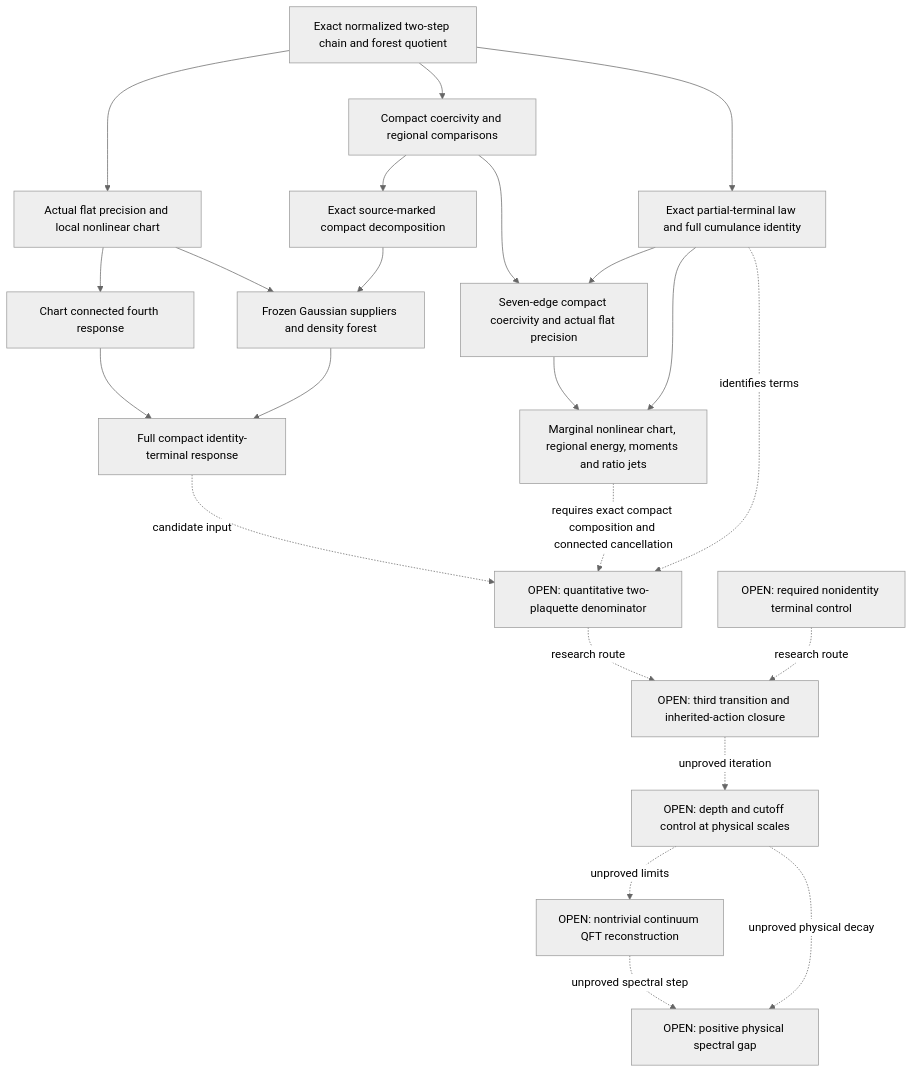
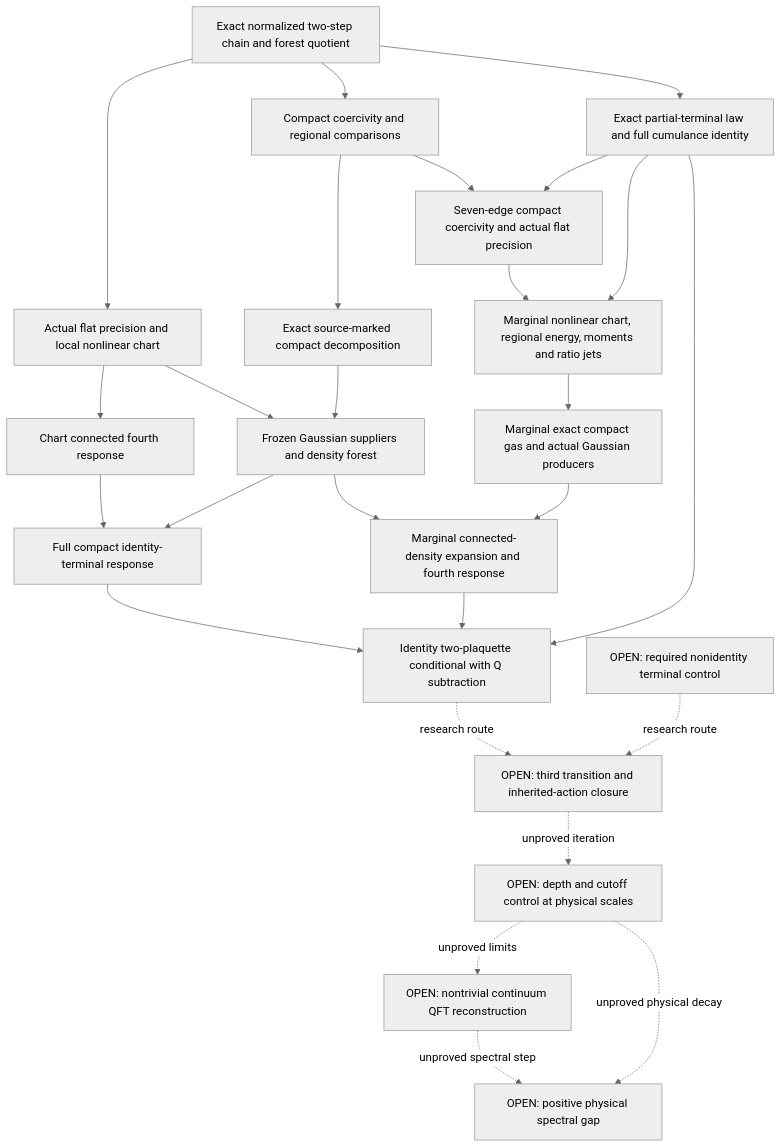
Before and after one commit to jonathonreilly/qubit-lattice-axiom-framework: the diagram in .claude/science/physics-loops/su2-gauge-aligned-response-20261108/PROOF_TREE.md, drawn with Mermaid (neutral theme). The commit also changed other lines of this file and 22 other files, not shown here.

Commit message:
Prove compact connected response for the seven-edge marginal

````diff
--- a/.claude/science/physics-loops/su2-gauge-aligned-response-20261108/PROOF_TREE.md
+++ b/.claude/science/physics-loops/su2-gauge-aligned-response-20261108/PROOF_TREE.md
@@ -25,41 +25,46 @@
 ```mermaid
 flowchart TD
   E[Exact normalized two-step chain and forest quotient]
   H[Actual flat precision and local nonlinear chart]
   C[Chart connected fourth response]
   R[Compact coercivity and regional comparisons]
   P[Exact source-marked compact decomposition]
   G[Frozen Gaussian suppliers and density forest]
   B[Full compact identity-terminal response]
   Q[Exact partial-terminal law and full cumulance identity]
   K[Seven-edge compact coercivity and actual flat precision]
   U[Marginal nonlinear chart, regional energy, moments and ratio jets]
-  D[OPEN: quantitative two-plaquette denominator]
+  Pj[Marginal exact compact gas and actual Gaussian producers]
+  Dj[Marginal connected-density expansion and fourth response]
+  D[Identity two-plaquette conditional with Q subtraction]
   V[OPEN: required nonidentity terminal control]
   T[OPEN: third transition and inherited-action closure]
   S[OPEN: depth and cutoff control at physical scales]
   X[OPEN: nontrivial continuum QFT reconstruction]
   M[OPEN: positive physical spectral gap]
   E --> H
   H --> C
   E --> R
   R --> P
   H --> G
   P --> G
   C --> B
   G --> B
   E --> Q
   R --> K
   Q --> K
   K --> U
   Q --> U
-  B -. candidate input .-> D
-  Q -. identifies terms .-> D
-  U -. requires exact compact composition and connected cancellation .-> D
+  U --> Pj
+  Pj --> Dj
+  G --> Dj
+  B --> D
+  Q --> D
+  Dj --> D
   D -. research route .-> T
   V -. research route .-> T
   T -. unproved iteration .-> S
   S -. unproved limits .-> X
   X -. unproved spectral step .-> M
   S -. unproved physical decay .-> M
 ```
````
